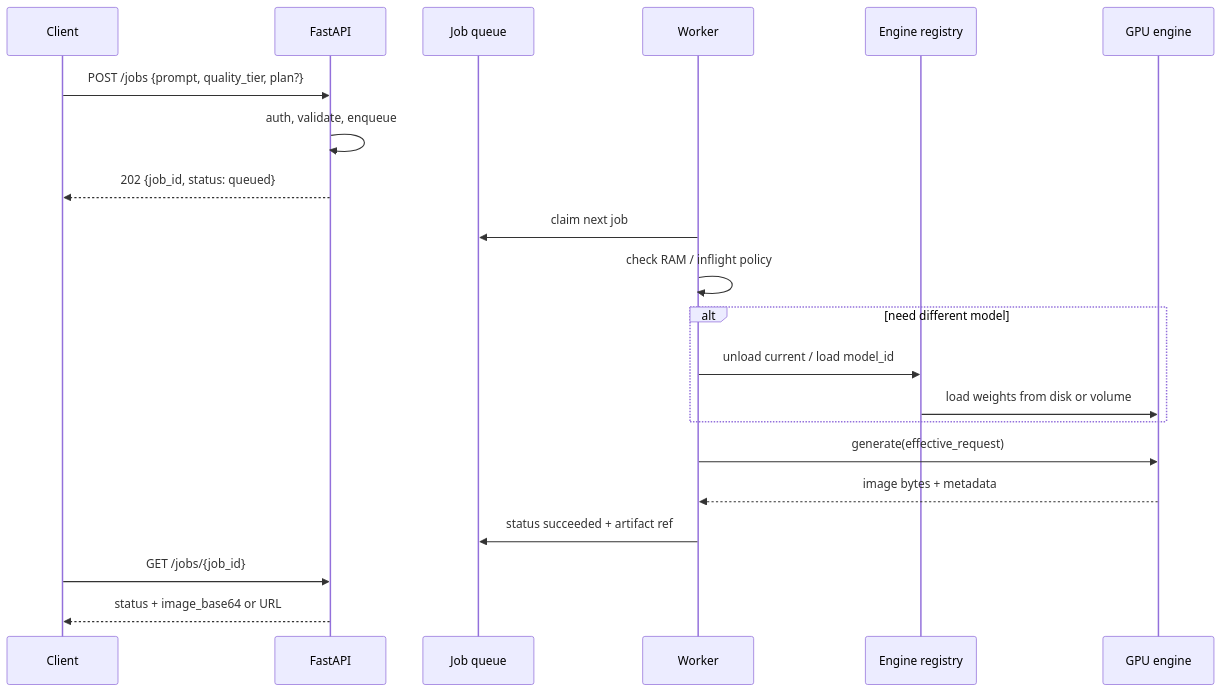
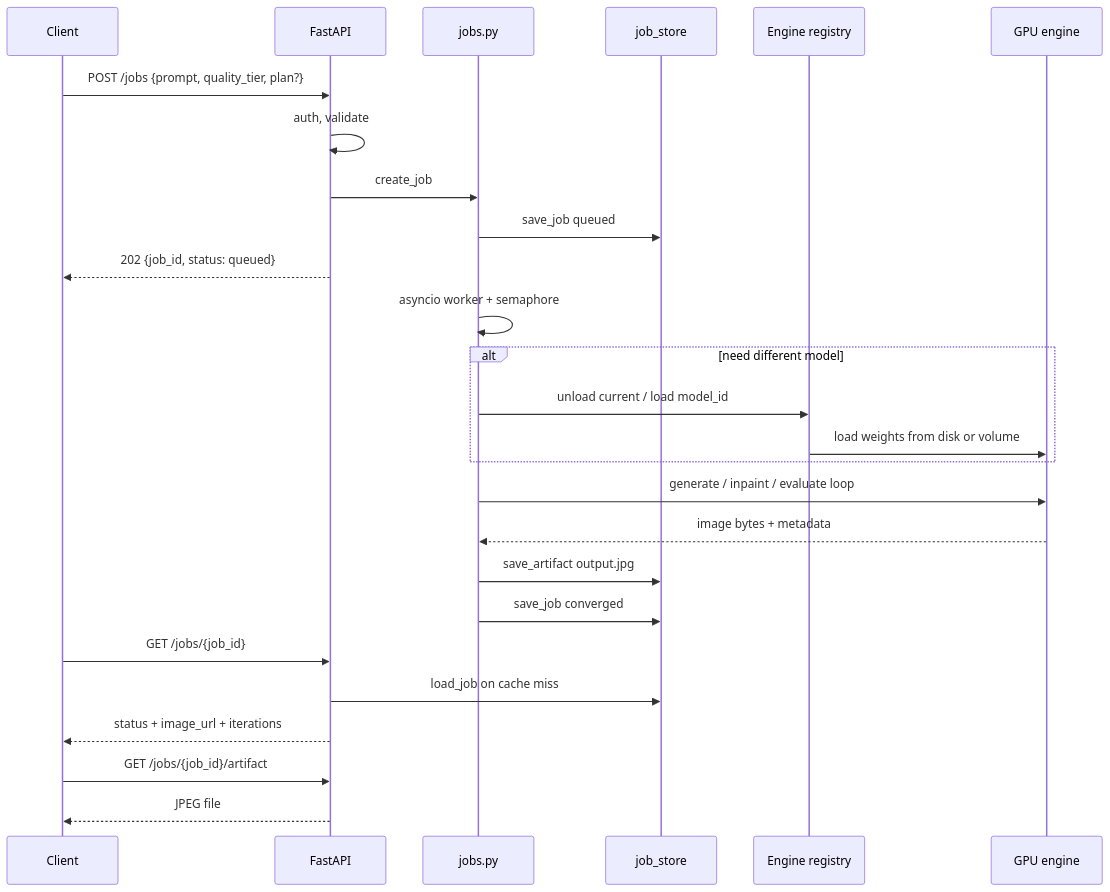
The sixth of 6 diagrams in ARCHITECTURE.md (kirank93611/vid-gen-sdxl-pipe), drawn with Mermaid before and after one commit. The commit also changed other lines of this file and 62 other files, not shown here.

````diff
--- a/ARCHITECTURE.md
+++ b/ARCHITECTURE.md
@@ -403,26 +480,31 @@
 ```mermaid
 sequenceDiagram
     participant C as Client
     participant API as FastAPI
-    participant Q as Job queue
-    participant W as Worker
+    participant J as jobs.py
+    participant S as job_store
     participant R as Engine registry
     participant G as GPU engine
 
     C->>API: POST /jobs {prompt, quality_tier, plan?}
-    API->>API: auth, validate, enqueue
+    API->>API: auth, validate
+    API->>J: create_job
+    J->>S: save_job queued
     API-->>C: 202 {job_id, status: queued}
 
-    W->>Q: claim next job
-    W->>W: check RAM / inflight policy
+    J->>J: asyncio worker + semaphore
     alt need different model
-        W->>R: unload current / load model_id
+        J->>R: unload current / load model_id
         R->>G: load weights from disk or volume
     end
-    W->>G: generate(effective_request)
-  G-->>W: image bytes + metadata
-    W->>Q: status succeeded + artifact ref
+    J->>G: generate / inpaint / evaluate loop
+    G-->>J: image bytes + metadata
+    J->>S: save_artifact output.jpg
+    J->>S: save_job converged
 
     C->>API: GET /jobs/{job_id}
-    API-->>C: status + image_base64 or URL
+    API->>S: load_job on cache miss
+    API-->>C: status + image_url + iterations
+    C->>API: GET /jobs/{job_id}/artifact
+    API-->>C: JPEG file
 ```
````
